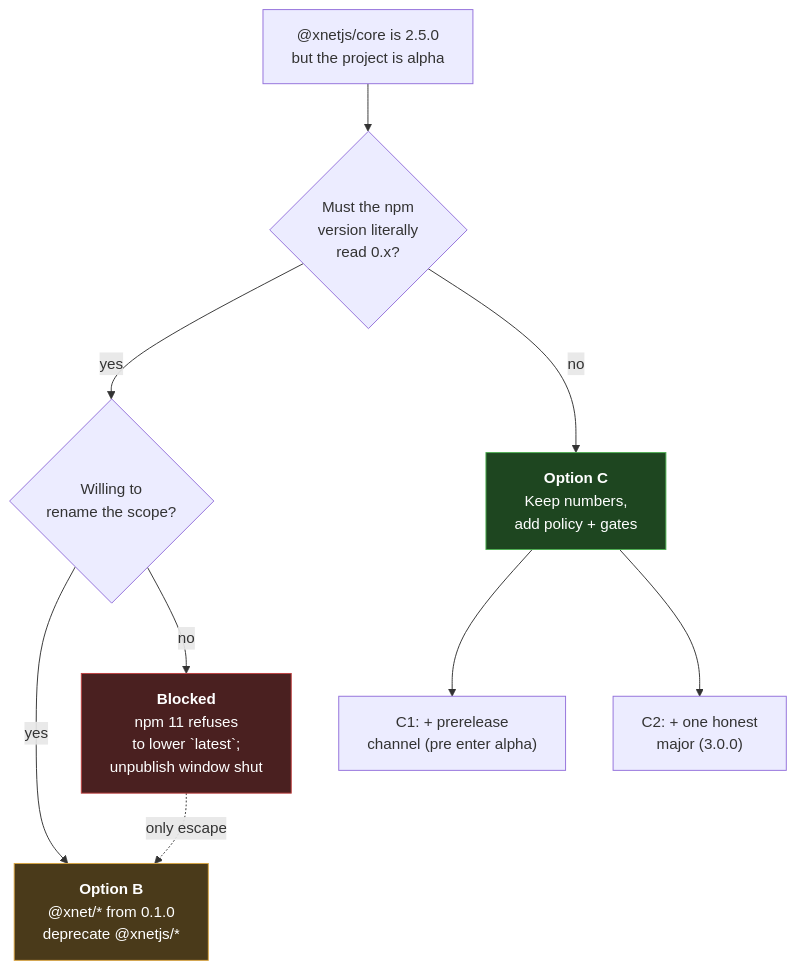
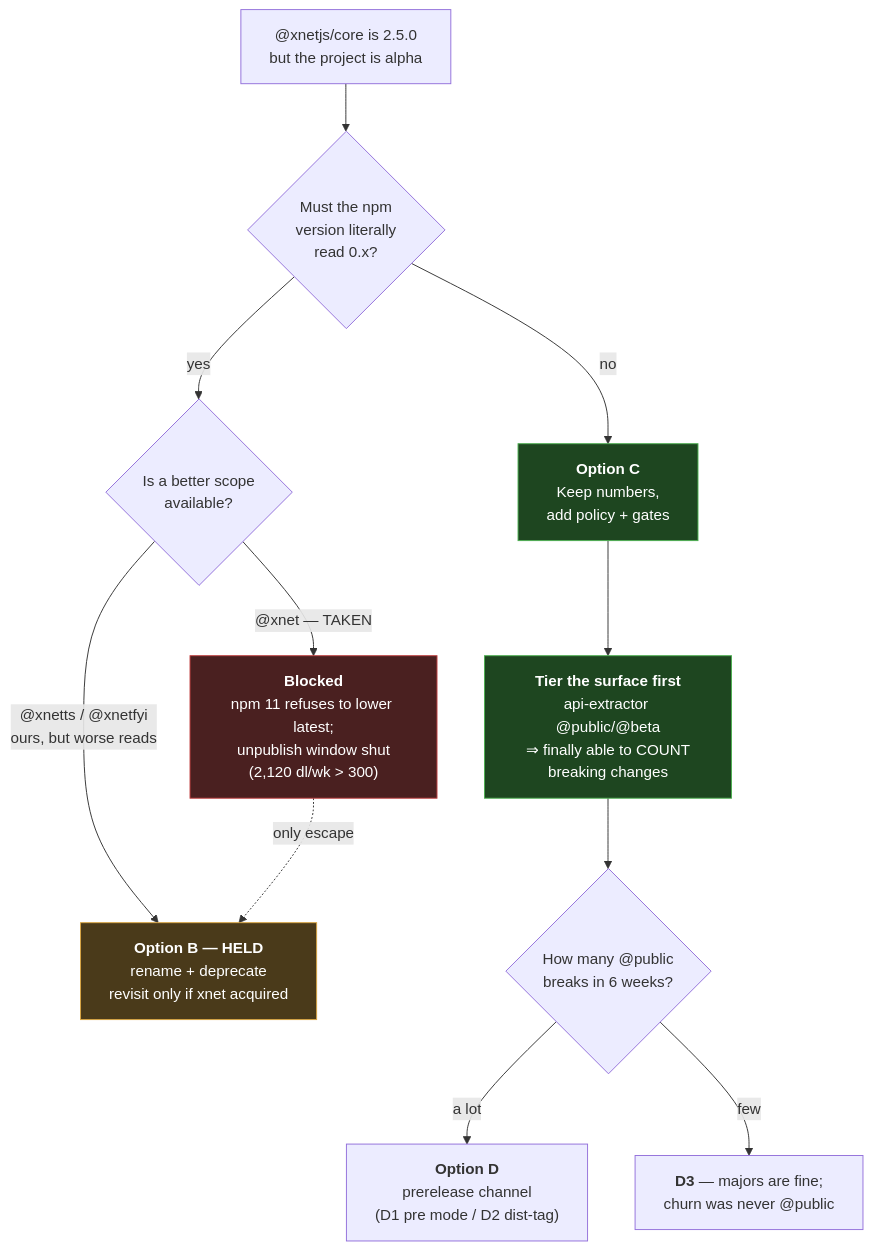
Before and after one commit to crs48/xNet: the second of 4 diagrams in docs/explorations/0370_[_]_VERSION_NUMBER_DISCIPLINE_AND_RENUMBERING.md, drawn with Mermaid. The commit also changed other lines of this file, not shown here.

First line of the commit message:
docs(exploration): map the namespace landscape and take the prerelease idea seriously

````diff
--- a/docs/explorations/0370_[_]_VERSION_NUMBER_DISCIPLINE_AND_RENUMBERING.md
+++ b/docs/explorations/0370_[_]_VERSION_NUMBER_DISCIPLINE_AND_RENUMBERING.md
@@ -326,19 +418,22 @@
 ```mermaid
 flowchart TD
     START["@xnetjs/core is 2.5.0<br/>but the project is alpha"] --> Q1{"Must the npm<br/>version literally<br/>read 0.x?"}
 
-    Q1 -->|yes| Q2{"Willing to<br/>rename the scope?"}
     Q1 -->|no| C["<b>Option C</b><br/>Keep numbers,<br/>add policy + gates"]
+    Q1 -->|yes| Q2{"Is a better scope<br/>available?"}
 
-    Q2 -->|yes| B["<b>Option B</b><br/>@xnet/* from 0.1.0<br/>deprecate @xnetjs/*"]
-    Q2 -->|no| X["<b>Blocked</b><br/>npm 11 refuses<br/>to lower `latest`;<br/>unpublish window shut"]
+    Q2 -->|"@xnet — TAKEN"| X["<b>Blocked</b><br/>npm 11 refuses to lower latest;<br/>unpublish window shut<br/>(2,120 dl/wk > 300)"]
+    Q2 -->|"@xnetts / @xnetfyi<br/>ours, but worse reads"| B["<b>Option B — HELD</b><br/>rename + deprecate<br/>revisit only if xnet acquired"]
 
-    C --> C1["C1: + prerelease<br/>channel (pre enter alpha)"]
-    C --> C2["C2: + one honest<br/>major (3.0.0)"]
+    C --> TIER["<b>Tier the surface first</b><br/>api-extractor @public/@beta<br/>⇒ finally able to COUNT<br/>breaking changes"]
+    TIER --> Q3{"How many @public<br/>breaks in 6 weeks?"}
+    Q3 -->|"a lot"| D["<b>Option D</b><br/>prerelease channel<br/>(D1 pre mode / D2 dist-tag)"]
+    Q3 -->|"few"| D3["<b>D3</b> — majors are fine;<br/>churn was never @public"]
 
     X -.->|"only escape"| B
 
     style X fill:#4a2020,stroke:#c04040,color:#fff
     style C fill:#1e4620,stroke:#4caf50,color:#fff
+    style TIER fill:#1e4620,stroke:#4caf50,color:#fff
     style B fill:#4a3a1a,stroke:#d9a441,color:#fff
 ```
````
